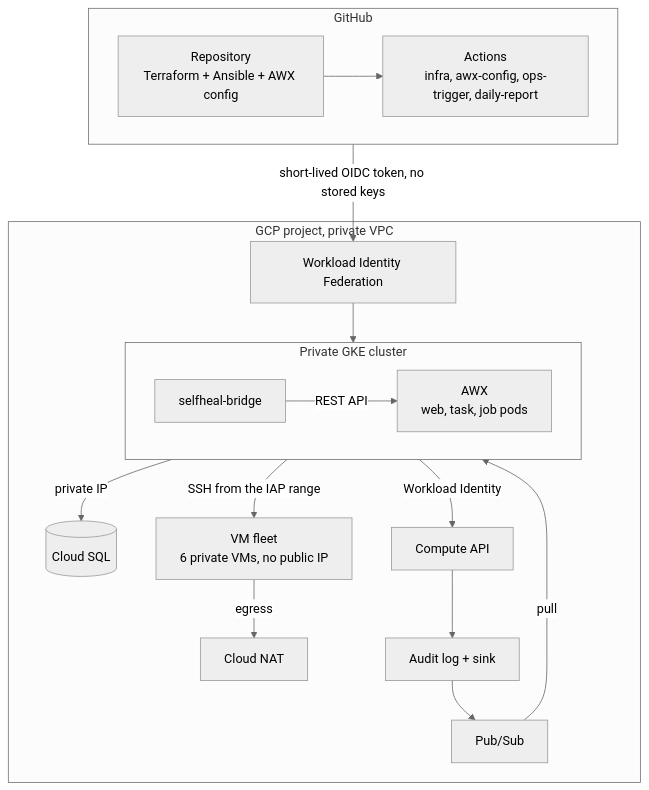
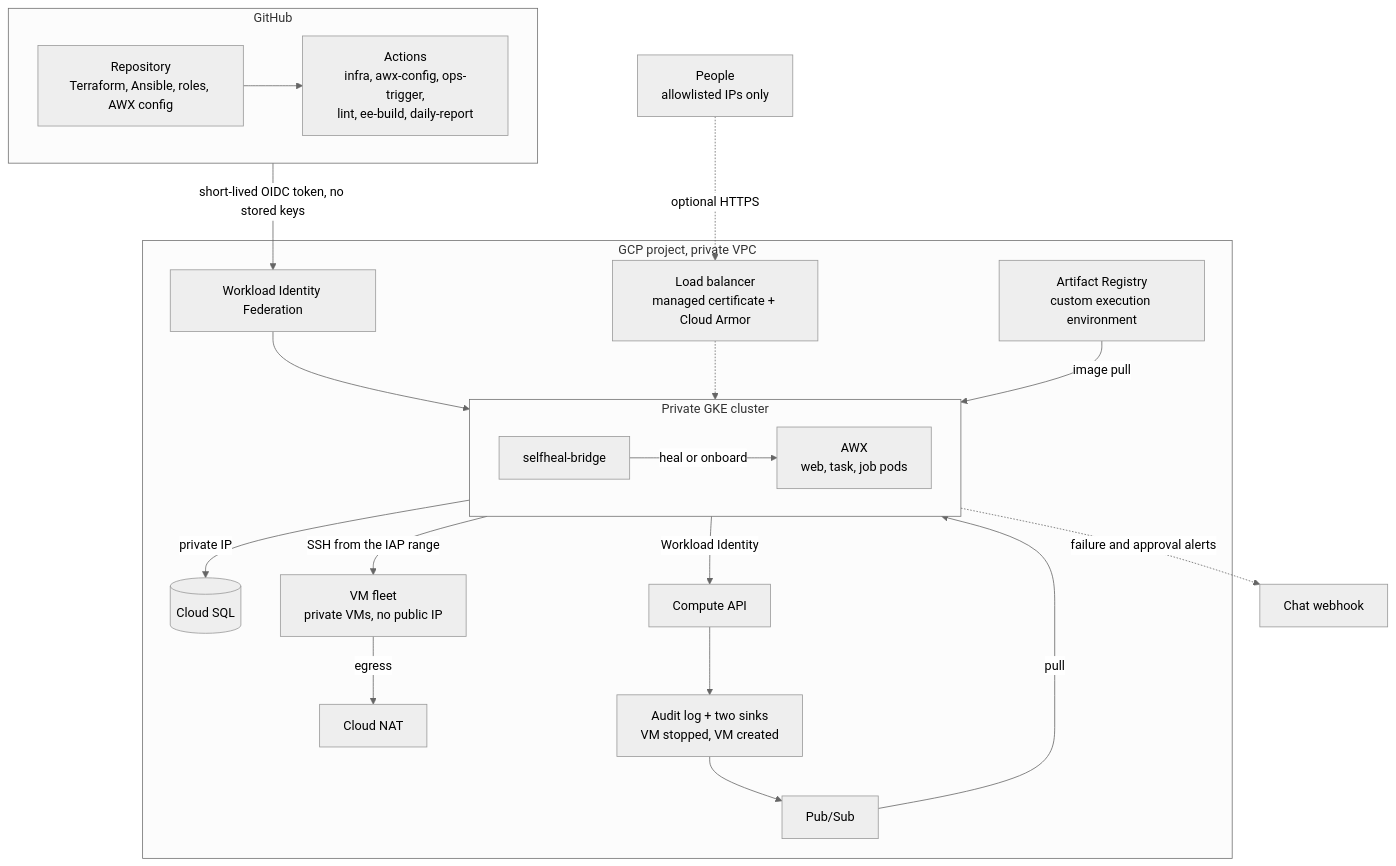
Before and after one commit to bikram-singh/gcp-awx-ops-automation: the first of 6 diagrams in docs/ARCHITECTURE.md, drawn with Mermaid. The commit also changed other lines of this file and 8 other files, not shown here.

````diff
--- a/docs/ARCHITECTURE.md
+++ b/docs/ARCHITECTURE.md
@@ -9,27 +9,32 @@
 ```mermaid
 %%{init: {'theme': 'neutral'}}%%
 flowchart TB
   subgraph GH["GitHub"]
     direction LR
-    repo["Repository<br/>Terraform + Ansible + AWX config"] --> actions["Actions<br/>infra, awx-config, ops-trigger, daily-report"]
+    repo["Repository<br/>Terraform, Ansible, roles, AWX config"] --> actions["Actions<br/>infra, awx-config, ops-trigger,<br/>lint, ee-build, daily-report"]
   end
 
   actions -- "short-lived OIDC token, no stored keys" --> wif["Workload Identity Federation"]
+  people["People<br/>allowlisted IPs only"] -. "optional HTTPS" .-> lb["Load balancer<br/>managed certificate + Cloud Armor"]
 
   subgraph GCP["GCP project, private VPC"]
     wif --> awx
+    lb -.-> awx
     subgraph GKE["Private GKE cluster"]
       direction LR
       awx["AWX<br/>web, task, job pods"]
       bridge["selfheal-bridge"]
     end
+    ar["Artifact Registry<br/>custom execution environment"] -- "image pull" --> awx
     awx -- "private IP" --> sql[("Cloud SQL")]
-    awx -- "SSH from the IAP range" --> fleet["VM fleet<br/>6 private VMs, no public IP"]
+    awx -- "SSH from the IAP range" --> fleet["VM fleet<br/>private VMs, no public IP"]
     awx -- "Workload Identity" --> api["Compute API"]
     fleet -- "egress" --> nat["Cloud NAT"]
-    api --> logs["Audit log + sink"]
+    api --> logs["Audit log + two sinks<br/>VM stopped, VM created"]
     logs --> topic["Pub/Sub"]
     topic -- "pull" --> bridge
-    bridge -- "REST API" --> awx
+    bridge -- "heal or onboard" --> awx
   end
+
+  awx -. "failure and approval alerts" .-> chat["Chat webhook"]
 ```
````
